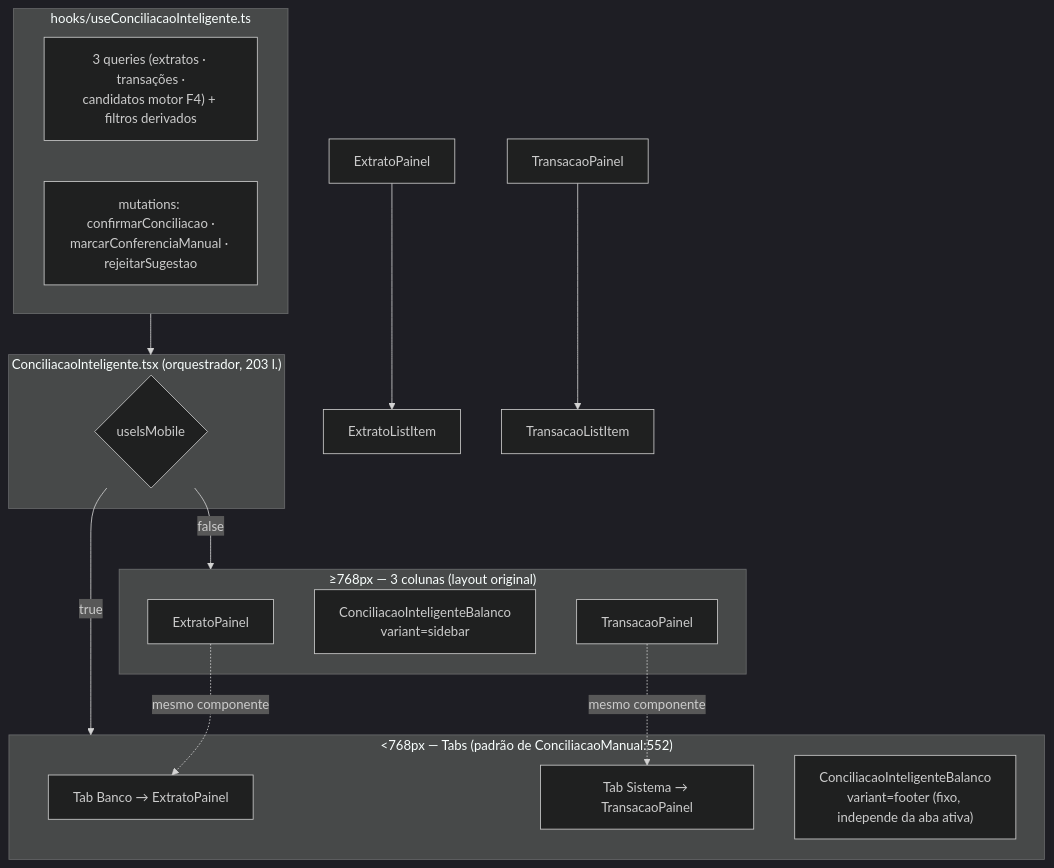
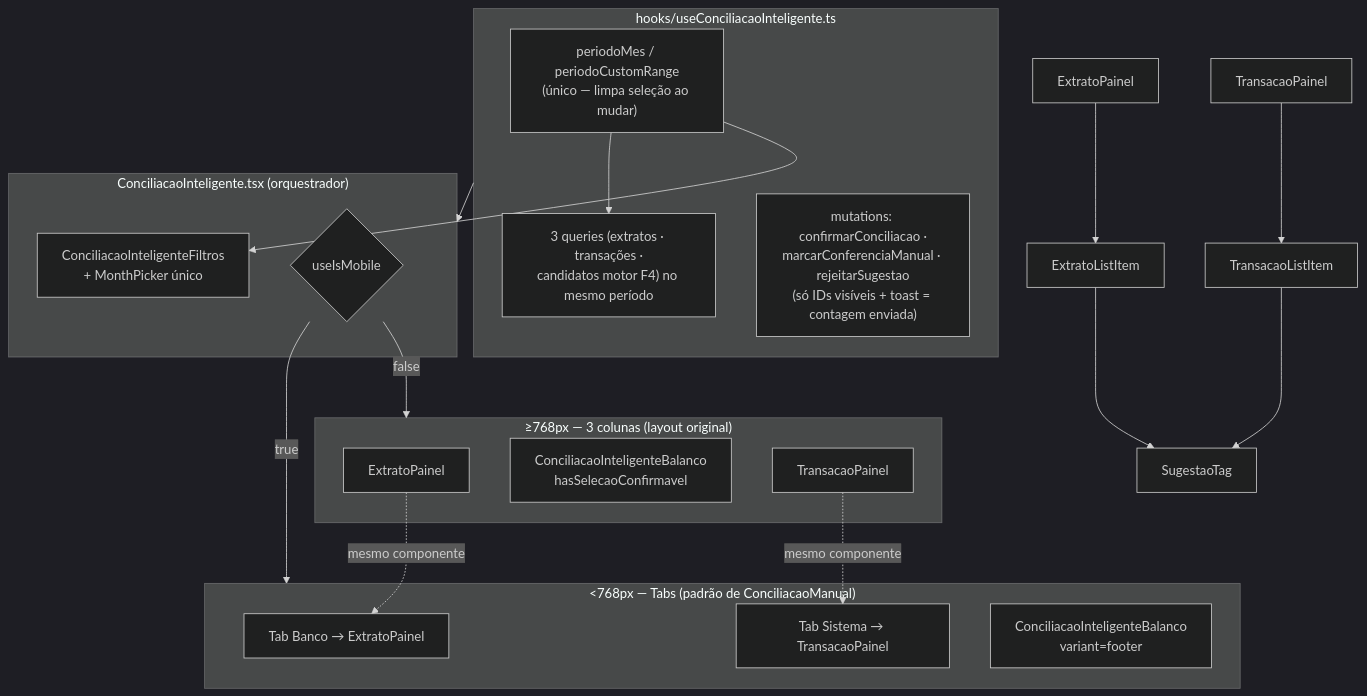
One commit to adrianoapc/igreja-carvalho changed the ninth of 29 diagrams in docs/diagramas/fluxo-financeiro.md. Above: the diagram before and after it, drawn with Mermaid (dark theme). The commit also changed other lines of this file and 4 other files, not shown here.

First line of the commit message:
fix(financeiro): toast com contagem enviada + docs C2-0 (docs_guard)

````diff
--- a/docs/diagramas/fluxo-financeiro.md
+++ b/docs/diagramas/fluxo-financeiro.md
@@ -475,33 +480,39 @@
 ```mermaid
 flowchart TD
     subgraph HOOK["hooks/useConciliacaoInteligente.ts"]
-        Q["3 queries (extratos · transações ·\ncandidatos motor F4) + filtros derivados"]
-        M["mutations: confirmarConciliacao ·\nmarcarConferenciaManual · rejeitarSugestao"]
+        P["periodoMes / periodoCustomRange\n(único — limpa seleção ao mudar)"]
+        Q["3 queries (extratos · transações ·\ncandidatos motor F4) no mesmo período"]
+        M["mutations: confirmarConciliacao ·\nmarcarConferenciaManual · rejeitarSugestao\n(só IDs visíveis + toast = contagem enviada)"]
     end
 
-    subgraph ORQ["ConciliacaoInteligente.tsx (orquestrador, 203 l.)"]
+    subgraph ORQ["ConciliacaoInteligente.tsx (orquestrador)"]
+        FILT["ConciliacaoInteligenteFiltros\n+ MonthPicker único"]
         MOBILE{useIsMobile}
     end
     HOOK --> ORQ
+    P --> FILT
+    P --> Q
 
     subgraph DESKTOP["≥768px — 3 colunas (layout original)"]
         D1[ExtratoPainel]
-        D2["ConciliacaoInteligenteBalanco\nvariant=sidebar"]
+        D2["ConciliacaoInteligenteBalanco\nhasSelecaoConfirmavel"]
         D3[TransacaoPainel]
     end
 
-    subgraph MOBILE_UI["<768px — Tabs (padrão de ConciliacaoManual:552)"]
+    subgraph MOBILE_UI["<768px — Tabs (padrão de ConciliacaoManual)"]
         T1["Tab Banco → ExtratoPainel"]
         T2["Tab Sistema → TransacaoPainel"]
-        F["ConciliacaoInteligenteBalanco\nvariant=footer (fixo, independe da aba ativa)"]
+        F["ConciliacaoInteligenteBalanco\nvariant=footer"]
     end
 
     MOBILE -->|false| DESKTOP
     MOBILE -->|true| MOBILE_UI
 
     D1 -.mesmo componente.-> T1
     D3 -.mesmo componente.-> T2
 
     ExtratoPainel --> ExtratoListItem
+    ExtratoListItem --> SugestaoTag
     TransacaoPainel --> TransacaoListItem
+    TransacaoListItem --> SugestaoTag
 ```
````
